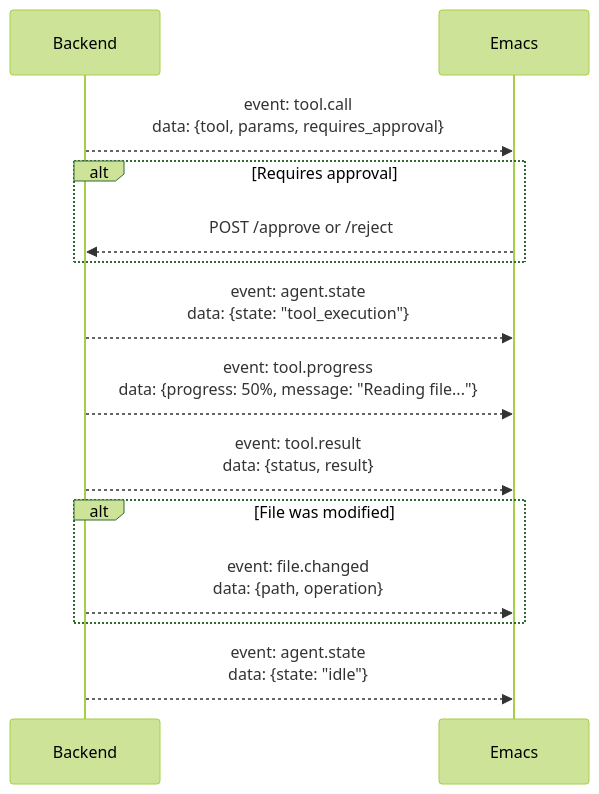
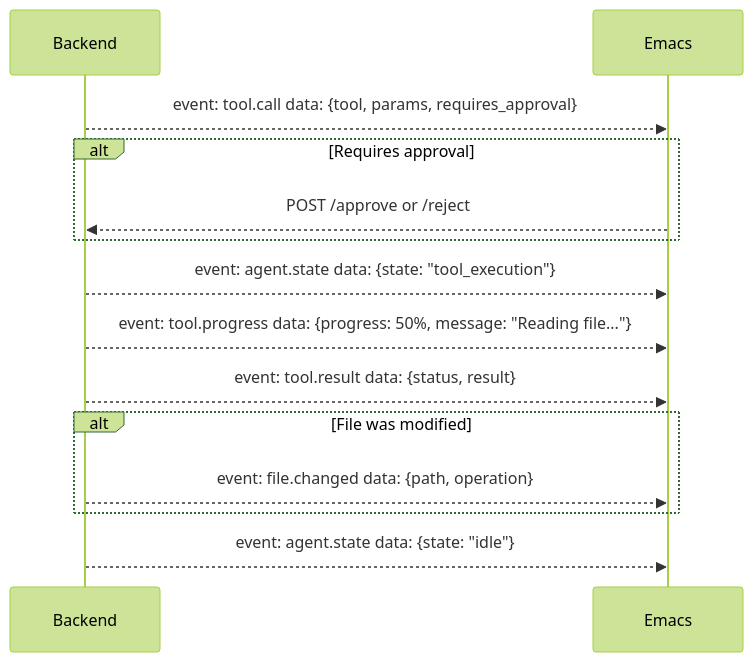
Before and after one commit to softwarewrighter/emacs-agent: the seventh of 7 diagrams in wiki/Tool-System.md, drawn with Mermaid (forest theme). The commit also changed other lines of this file and 7 other files, not shown here.

First line of the commit message:
Fix wiki Mermaid diagrams: remove <br/> tags

````diff
--- a/wiki/Tool-System.md
+++ b/wiki/Tool-System.md
@@ -441,23 +441,23 @@
 ```mermaid
 sequenceDiagram
     participant Backend
     participant Emacs
 
-    Backend-->>Emacs: event: tool.call<br/>data: {tool, params, requires_approval}
+    Backend-->>Emacs: event: tool.call data: {tool, params, requires_approval}
 
     alt Requires approval
         Emacs-->>Backend: POST /approve or /reject
     end
 
-    Backend-->>Emacs: event: agent.state<br/>data: {state: "tool_execution"}
+    Backend-->>Emacs: event: agent.state data: {state: "tool_execution"}
 
-    Backend-->>Emacs: event: tool.progress<br/>data: {progress: 50%, message: "Reading file..."}
+    Backend-->>Emacs: event: tool.progress data: {progress: 50%, message: "Reading file..."}
 
-    Backend-->>Emacs: event: tool.result<br/>data: {status, result}
+    Backend-->>Emacs: event: tool.result data: {status, result}
 
     alt File was modified
-        Backend-->>Emacs: event: file.changed<br/>data: {path, operation}
+        Backend-->>Emacs: event: file.changed data: {path, operation}
     end
 
-    Backend-->>Emacs: event: agent.state<br/>data: {state: "idle"}
+    Backend-->>Emacs: event: agent.state data: {state: "idle"}
 ```
````
